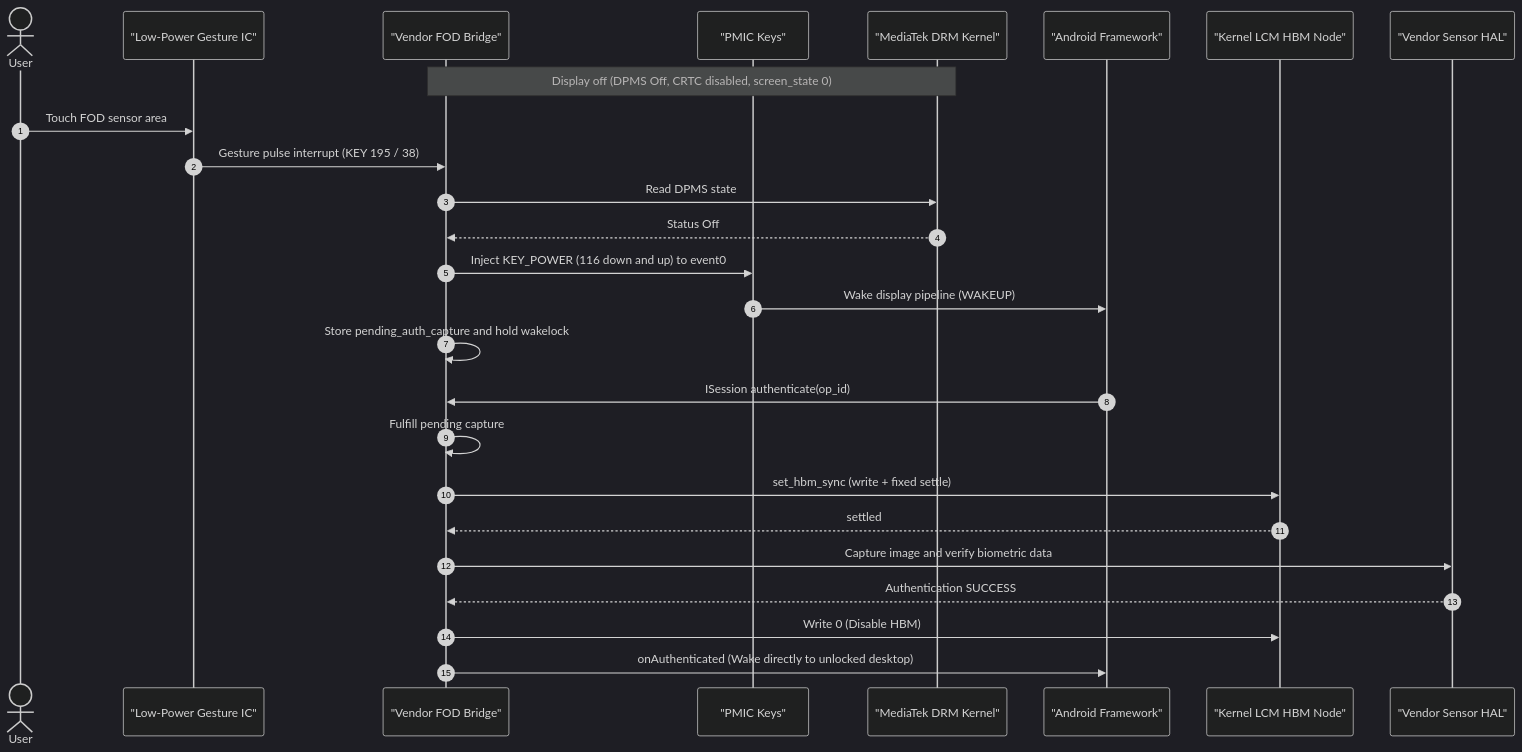
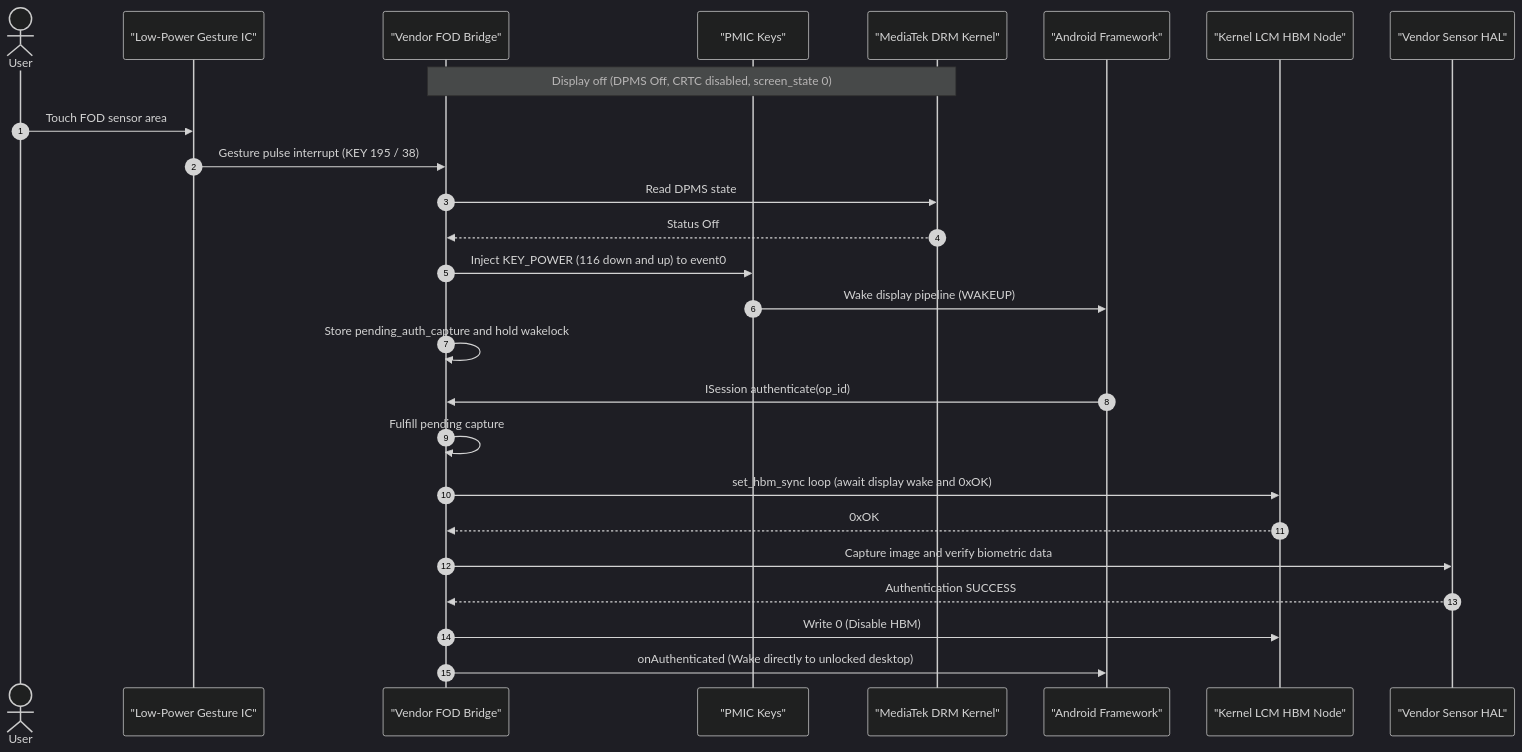
One commit to usermahiro/Oplus-UDFPS-Bridge-Transsion changed the fourth of 4 diagrams in README.md. Above: the diagram before and after it, drawn with Mermaid (dark theme). The commit also changed other lines of this file and 12 other files, not shown here.

````diff
--- a/README.md
+++ b/README.md
@@ -166,29 +175,29 @@
 ```mermaid
 sequenceDiagram
     autonumber
     actor User as User
     participant TP as "Low-Power Gesture IC"
     participant Bridge as "Vendor FOD Bridge"
     participant Pmic as "PMIC Keys"
     participant MtkDrm as "MediaTek DRM Kernel"
     participant Framework as "Android Framework"
     participant HBM as "Kernel LCM HBM Node"
     participant Sensor as "Vendor Sensor HAL"
 
     Note over Bridge,MtkDrm: Display off (DPMS Off, CRTC disabled, screen_state 0)
     User->>TP: Touch FOD sensor area
     TP->>Bridge: Gesture pulse interrupt (KEY 195 / 38)
     Bridge->>MtkDrm: Read DPMS state
     MtkDrm-->>Bridge: Status Off
     Bridge->>Pmic: Inject KEY_POWER (116 down and up) to event0
     Pmic->>Framework: Wake display pipeline (WAKEUP)
     Bridge->>Bridge: Store pending_auth_capture and hold wakelock
     Framework->>Bridge: ISession authenticate(op_id)
     Bridge->>Bridge: Fulfill pending capture
-    Bridge->>HBM: set_hbm_sync (write + fixed settle)
-    HBM-->>Bridge: settled
+    Bridge->>HBM: set_hbm_sync loop (await display wake and 0xOK)
+    HBM-->>Bridge: 0xOK
     Bridge->>Sensor: Capture image and verify biometric data
     Sensor-->>Bridge: Authentication SUCCESS
     Bridge->>HBM: Write 0 (Disable HBM)
     Bridge->>Framework: onAuthenticated (Wake directly to unlocked desktop)
 ```
````
